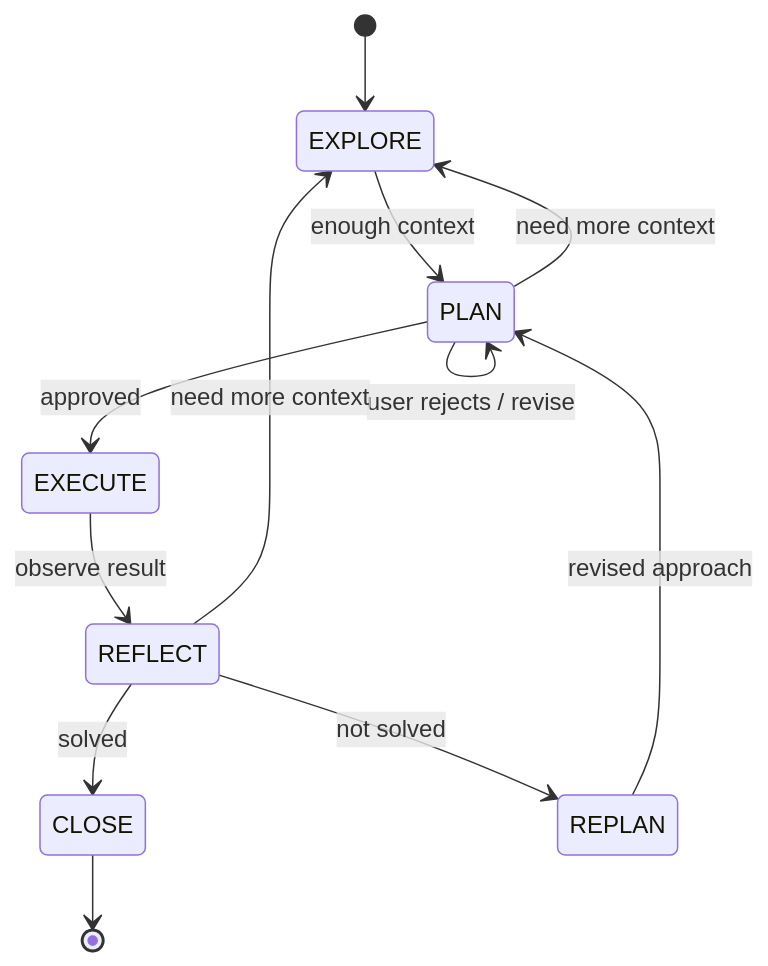
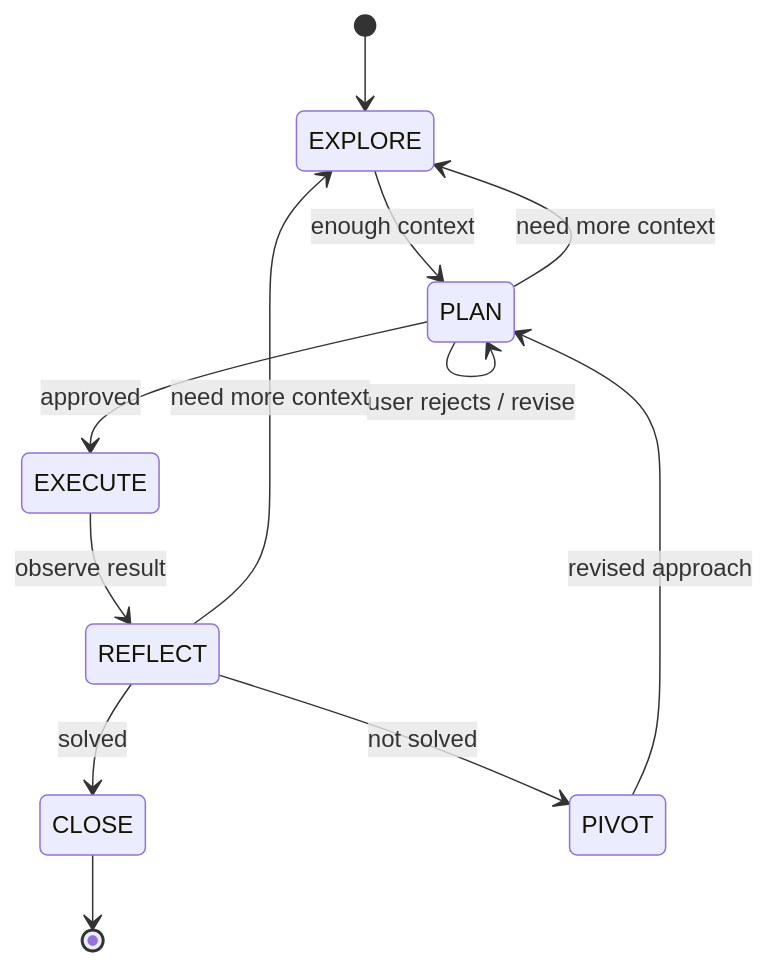
Before and after one commit to pellera9/iterative-planner: the diagram in README.md, drawn with Mermaid. The commit also changed other lines of this file and 11 other files, not shown here.

First line of the commit message:
Release v2.10.0: Rename REPLAN state to PIVOT across entire project

````diff
--- a/README.md
+++ b/README.md
@@ -42,14 +42,14 @@
 ```mermaid
 stateDiagram-v2
     [*] --> EXPLORE
     EXPLORE --> PLAN : enough context
     PLAN --> EXPLORE : need more context
     PLAN --> PLAN : user rejects / revise
     PLAN --> EXECUTE : approved
     EXECUTE --> REFLECT : observe result
     REFLECT --> EXPLORE : need more context
     REFLECT --> CLOSE : solved
-    REFLECT --> REPLAN : not solved
-    REPLAN --> PLAN : revised approach
+    REFLECT --> PIVOT : not solved
+    PIVOT --> PLAN : revised approach
     CLOSE --> [*]
 ```
````
